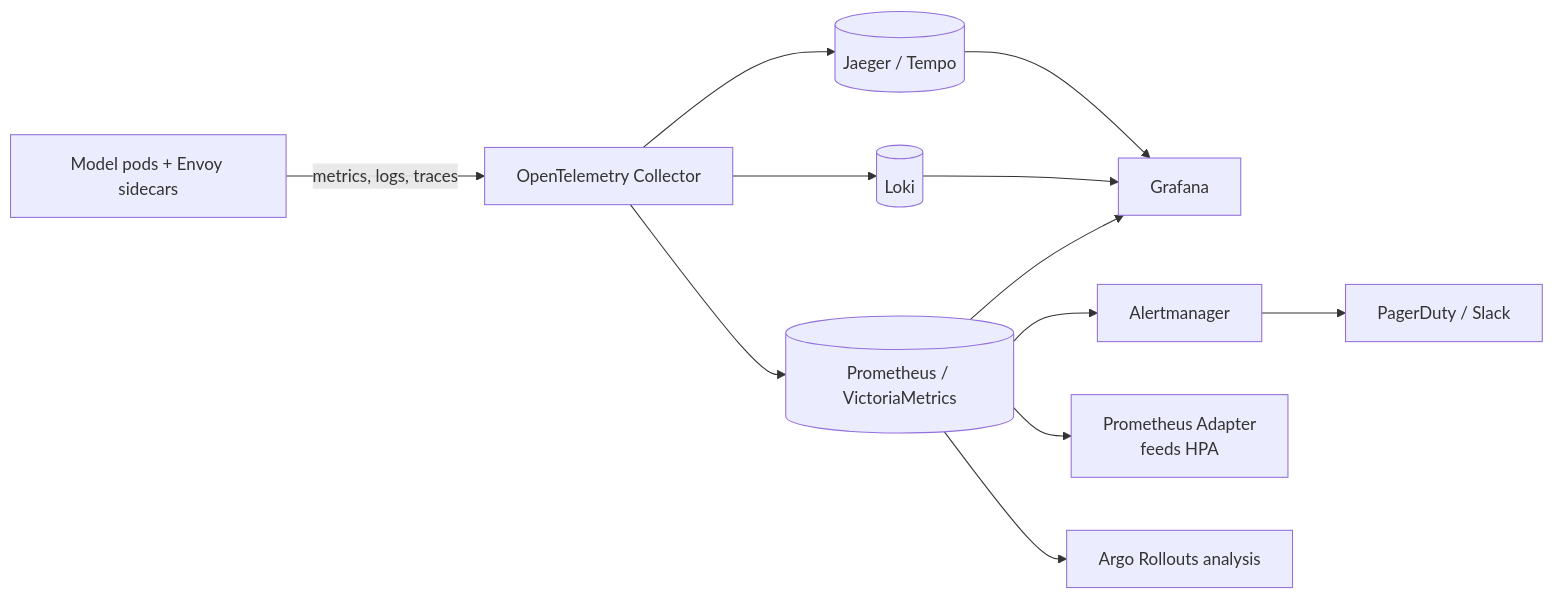
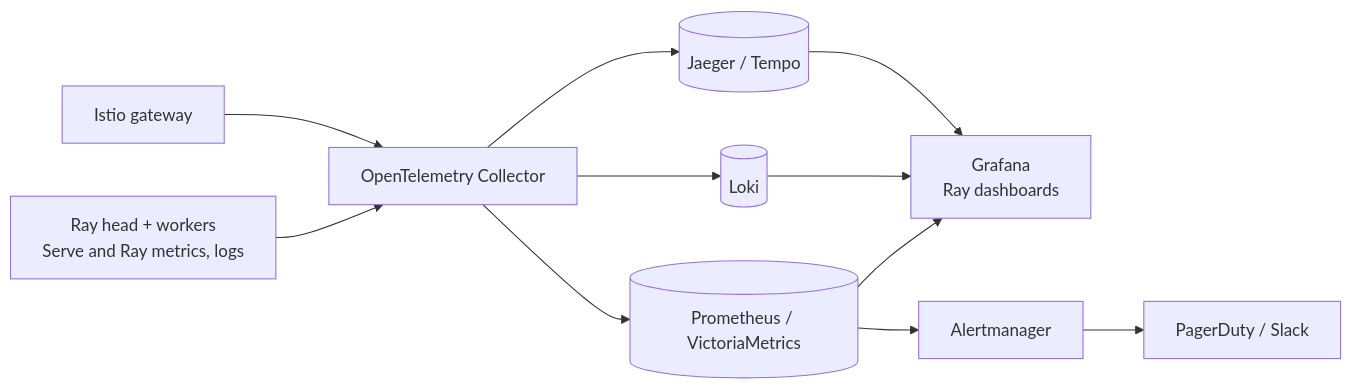
One commit to omegazyadav/cf-assignment changed the third of 4 diagrams in docs/DESIGN.md. Above: the diagram before and after it, drawn with Mermaid. The commit also changed other lines of this file and 19 other files, not shown here.

````diff
--- a/docs/DESIGN.md
+++ b/docs/DESIGN.md
@@ -140,14 +153,13 @@
 ```mermaid
 flowchart LR
-    pods[Model pods + Envoy sidecars] -->|metrics, logs, traces| otel[OpenTelemetry Collector]
+    ray[Ray head + workers<br/>Serve and Ray metrics, logs] --> otel[OpenTelemetry Collector]
+    gw[Istio gateway] --> otel
     otel --> prom[(Prometheus / VictoriaMetrics)]
     otel --> loki[(Loki)]
     otel --> jaeger[(Jaeger / Tempo)]
-    prom --> graf[Grafana]
+    prom --> graf[Grafana<br/>Ray dashboards]
     loki --> graf
     jaeger --> graf
     prom --> am[Alertmanager]
     am --> pager[PagerDuty / Slack]
-    prom --> adapter[Prometheus Adapter<br/>feeds HPA]
-    prom --> rollouts[Argo Rollouts analysis]
 ```
````
